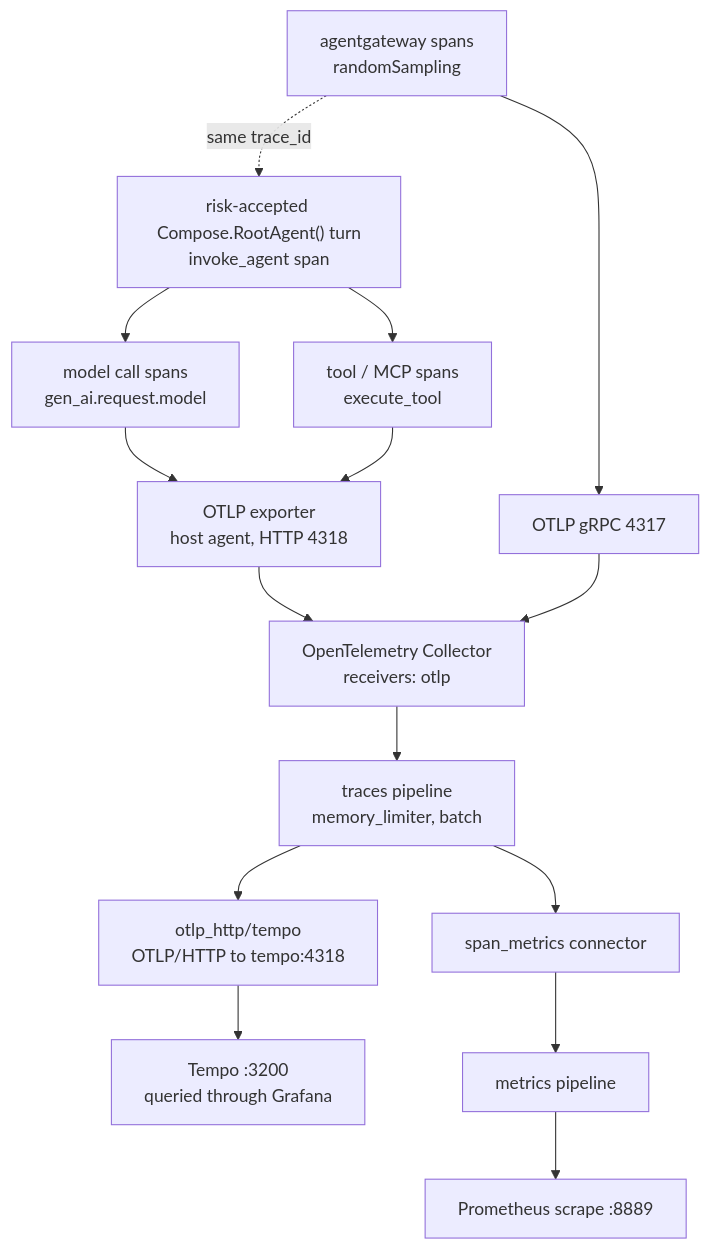
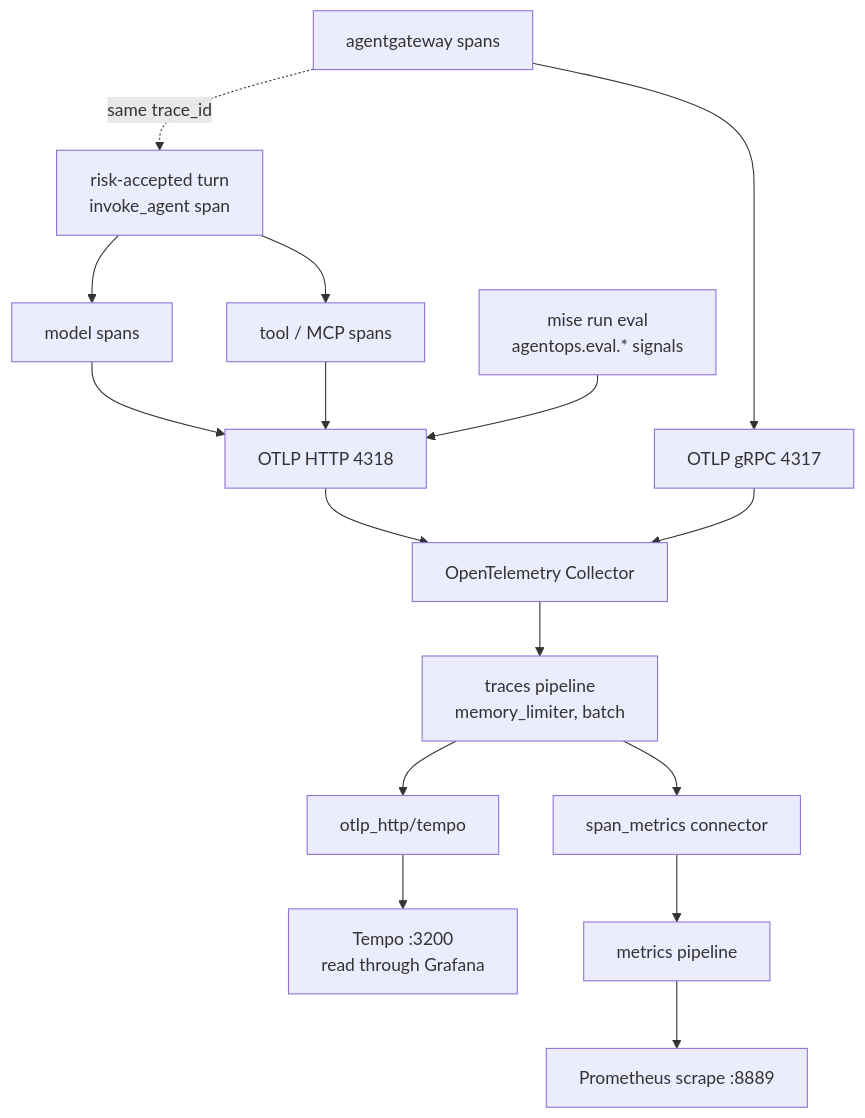
Before and after one commit to LuiGGi629/agentops-open-course: the diagram in content/7. Observability/7.1. Tracing.md, drawn with Mermaid. The commit also changed other lines of this file and 49 other files, not shown here.

````diff
--- a/content/7. Observability/7.1. Tracing.md
+++ b/content/7. Observability/7.1. Tracing.md
@@ -109,17 +148,18 @@
 ```mermaid
 flowchart TD
-  A["risk-accepted Compose.RootAgent() turn<br/>invoke_agent span"] --> B["model call spans<br/>gen_ai.request.model"]
-  A --> C["tool / MCP spans<br/>execute_tool"]
-  G["agentgateway spans<br/>randomSampling"] -. same trace_id .-> A
-  B --> H["OTLP exporter<br/>host agent, HTTP 4318"]
+  A["risk-accepted turn<br/>invoke_agent span"] --> B["model spans"]
+  A --> C["tool / MCP spans"]
+  G["agentgateway spans"] -. same trace_id .-> A
+  B --> H["OTLP HTTP 4318"]
   C --> H
   G --> I["OTLP gRPC 4317"]
-  H --> K["OpenTelemetry Collector<br/>receivers: otlp"]
+  E["mise run eval<br/>agentops.eval.* signals"] --> H
+  H --> K["OpenTelemetry Collector"]
   I --> K
   K --> L["traces pipeline<br/>memory_limiter, batch"]
-  L --> M["otlp_http/tempo<br/>OTLP/HTTP to tempo:4318"]
+  L --> M["otlp_http/tempo"]
   L --> N["span_metrics connector"]
-  M --> Q["Tempo :3200<br/>queried through Grafana"]
+  M --> Q["Tempo :3200<br/>read through Grafana"]
   N --> O["metrics pipeline"]
   O --> P["Prometheus scrape :8889"]
 ```
````
